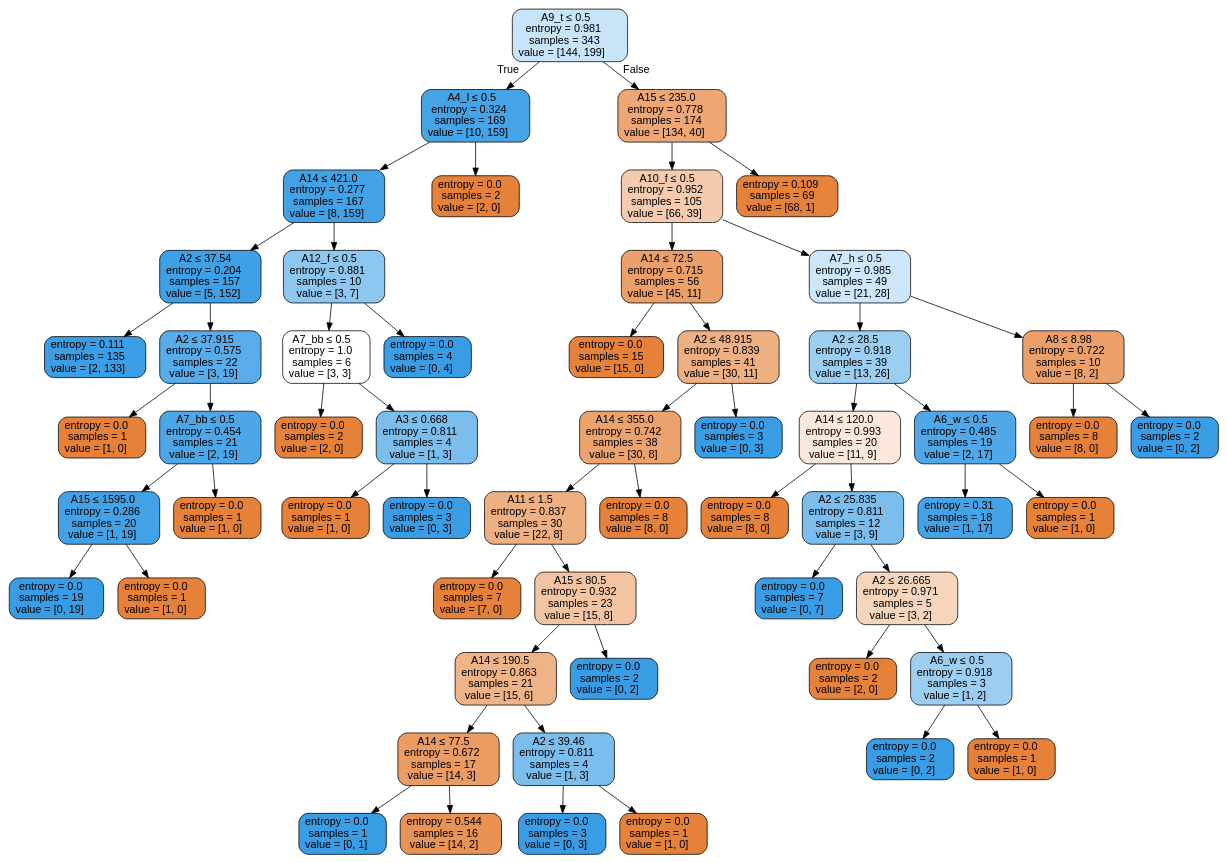
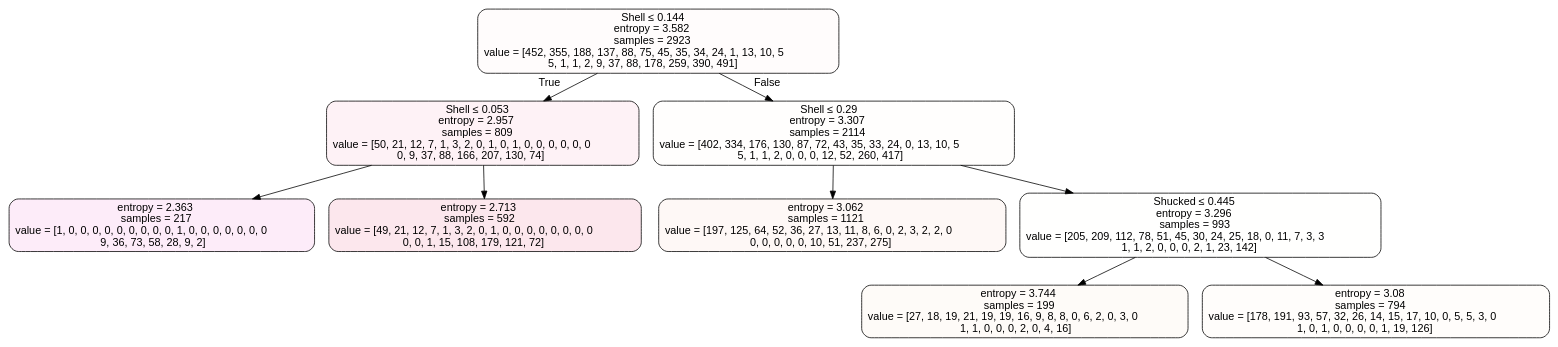
One commit to appleyuchi/Decision_Tree_Prune changed the diagram in sklearn_cart-classification_CCP-finish/sklearnCART2json_CCP/visualization/T3.dot. Above: the diagram before and after it, drawn with Graphviz. The commit also changed 33 other files, not shown here.

```diff
--- a/sklearn_cart-classification_CCP-finish/sklearnCART2json_CCP/visualization/T3.dot
+++ b/sklearn_cart-classification_CCP-finish/sklearnCART2json_CCP/visualization/T3.dot
@@ -1,117 +1,21 @@
 digraph Tree {
 node [shape=box, style="filled, rounded", color="black", fontname=helvetica] ;
 edge [fontname=helvetica] ;
-0 [label=<A9_t &le; 0.5<br/>entropy = 0.981<br/>samples = 343<br/>value = [144, 199]>, fillcolor="#399de546"] ;
-1 [label=<A4_l &le; 0.5<br/>entropy = 0.324<br/>samples = 169<br/>value = [10, 159]>, fillcolor="#399de5ef"] ;
+0 [label=<Shell &le; 0.144<br/>entropy = 3.582<br/>samples = 2923<br/>value = [452, 355, 188, 137, 88, 75, 45, 35, 34, 24, 1, 13, 10, 5<br/>5, 1, 1, 2, 9, 37, 88, 178, 259, 390, 491]>, fillcolor="#e5563904"] ;
+1 [label=<Shell &le; 0.053<br/>entropy = 2.957<br/>samples = 809<br/>value = [50, 21, 12, 7, 1, 3, 2, 0, 1, 0, 1, 0, 0, 0, 0, 0, 0<br/>0, 9, 37, 88, 166, 207, 130, 74]>, fillcolor="#e5396f10"] ;
 0 -> 1 [labeldistance=2.5, labelangle=45, headlabel="True"] ;
-2 [label=<A14 &le; 421.0<br/>entropy = 0.277<br/>samples = 167<br/>value = [8, 159]>, fillcolor="#399de5f2"] ;
+2 [label=<entropy = 2.363<br/>samples = 217<br/>value = [1, 0, 0, 0, 0, 0, 0, 0, 0, 0, 1, 0, 0, 0, 0, 0, 0, 0<br/>9, 36, 73, 58, 28, 9, 2]>, fillcolor="#e539c018"] ;
 1 -> 2 ;
-3 [label=<A2 &le; 37.54<br/>entropy = 0.204<br/>samples = 157<br/>value = [5, 152]>, fillcolor="#399de5f7"] ;
-2 -> 3 ;
-4 [label=<entropy = 0.111<br/>samples = 135<br/>value = [2, 133]>, fillcolor="#399de5fb"] ;
-3 -> 4 ;
-13 [label=<A2 &le; 37.915<br/>entropy = 0.575<br/>samples = 22<br/>value = [3, 19]>, fillcolor="#399de5d7"] ;
-3 -> 13 ;
-14 [label=<entropy = 0.0<br/>samples = 1<br/>value = [1, 0]>, fillcolor="#e58139ff"] ;
-13 -> 14 ;
-15 [label=<A7_bb &le; 0.5<br/>entropy = 0.454<br/>samples = 21<br/>value = [2, 19]>, fillcolor="#399de5e4"] ;
-13 -> 15 ;
-16 [label=<A15 &le; 1595.0<br/>entropy = 0.286<br/>samples = 20<br/>value = [1, 19]>, fillcolor="#399de5f2"] ;
-15 -> 16 ;
-17 [label=<entropy = 0.0<br/>samples = 19<br/>value = [0, 19]>, fillcolor="#399de5ff"] ;
-16 -> 17 ;
-18 [label=<entropy = 0.0<br/>samples = 1<br/>value = [1, 0]>, fillcolor="#e58139ff"] ;
-16 -> 18 ;
-19 [label=<entropy = 0.0<br/>samples = 1<br/>value = [1, 0]>, fillcolor="#e58139ff"] ;
-15 -> 19 ;
-20 [label=<A12_f &le; 0.5<br/>entropy = 0.881<br/>samples = 10<br/>value = [3, 7]>, fillcolor="#399de592"] ;
-2 -> 20 ;
-21 [label=<A7_bb &le; 0.5<br/>entropy = 1.0<br/>samples = 6<br/>value = [3, 3]>, fillcolor="#e5813900"] ;
-20 -> 21 ;
-22 [label=<entropy = 0.0<br/>samples = 2<br/>value = [2, 0]>, fillcolor="#e58139ff"] ;
-21 -> 22 ;
-23 [label=<A3 &le; 0.668<br/>entropy = 0.811<br/>samples = 4<br/>value = [1, 3]>, fillcolor="#399de5aa"] ;
-21 -> 23 ;
-24 [label=<entropy = 0.0<br/>samples = 1<br/>value = [1, 0]>, fillcolor="#e58139ff"] ;
-23 -> 24 ;
-25 [label=<entropy = 0.0<br/>samples = 3<br/>value = [0, 3]>, fillcolor="#399de5ff"] ;
-23 -> 25 ;
-26 [label=<entropy = 0.0<br/>samples = 4<br/>value = [0, 4]>, fillcolor="#399de5ff"] ;
-20 -> 26 ;
-27 [label=<entropy = 0.0<br/>samples = 2<br/>value = [2, 0]>, fillcolor="#e58139ff"] ;
-1 -> 27 ;
-28 [label=<A15 &le; 235.0<br/>entropy = 0.778<br/>samples = 174<br/>value = [134, 40]>, fillcolor="#e58139b3"] ;
-0 -> 28 [labeldistance=2.5, labelangle=-45, headlabel="False"] ;
-29 [label=<A10_f &le; 0.5<br/>entropy = 0.952<br/>samples = 105<br/>value = [66, 39]>, fillcolor="#e5813968"] ;
-28 -> 29 ;
-30 [label=<A14 &le; 72.5<br/>entropy = 0.715<br/>samples = 56<br/>value = [45, 11]>, fillcolor="#e58139c1"] ;
-29 -> 30 ;
-31 [label=<entropy = 0.0<br/>samples = 15<br/>value = [15, 0]>, fillcolor="#e58139ff"] ;
-30 -> 31 ;
-32 [label=<A2 &le; 48.915<br/>entropy = 0.839<br/>samples = 41<br/>value = [30, 11]>, fillcolor="#e58139a1"] ;
-30 -> 32 ;
-33 [label=<A14 &le; 355.0<br/>entropy = 0.742<br/>samples = 38<br/>value = [30, 8]>, fillcolor="#e58139bb"] ;
-32 -> 33 ;
-34 [label=<A11 &le; 1.5<br/>entropy = 0.837<br/>samples = 30<br/>value = [22, 8]>, fillcolor="#e58139a2"] ;
-33 -> 34 ;
-35 [label=<entropy = 0.0<br/>samples = 7<br/>value = [7, 0]>, fillcolor="#e58139ff"] ;
-34 -> 35 ;
-36 [label=<A15 &le; 80.5<br/>entropy = 0.932<br/>samples = 23<br/>value = [15, 8]>, fillcolor="#e5813977"] ;
-34 -> 36 ;
-37 [label=<A14 &le; 190.5<br/>entropy = 0.863<br/>samples = 21<br/>value = [15, 6]>, fillcolor="#e5813999"] ;
-36 -> 37 ;
-38 [label=<A14 &le; 77.5<br/>entropy = 0.672<br/>samples = 17<br/>value = [14, 3]>, fillcolor="#e58139c8"] ;
-37 -> 38 ;
-39 [label=<entropy = 0.0<br/>samples = 1<br/>value = [0, 1]>, fillcolor="#399de5ff"] ;
-38 -> 39 ;
-40 [label=<entropy = 0.544<br/>samples = 16<br/>value = [14, 2]>, fillcolor="#e58139db"] ;
-38 -> 40 ;
-41 [label=<A2 &le; 39.46<br/>entropy = 0.811<br/>samples = 4<br/>value = [1, 3]>, fillcolor="#399de5aa"] ;
-37 -> 41 ;
-42 [label=<entropy = 0.0<br/>samples = 3<br/>value = [0, 3]>, fillcolor="#399de5ff"] ;
-41 -> 42 ;
-43 [label=<entropy = 0.0<br/>samples = 1<br/>value = [1, 0]>, fillcolor="#e58139ff"] ;
-41 -> 43 ;
-44 [label=<entropy = 0.0<br/>samples = 2<br/>value = [0, 2]>, fillcolor="#399de5ff"] ;
-36 -> 44 ;
-45 [label=<entropy = 0.0<br/>samples = 8<br/>value = [8, 0]>, fillcolor="#e58139ff"] ;
-33 -> 45 ;
-46 [label=<entropy = 0.0<br/>samples = 3<br/>value = [0, 3]>, fillcolor="#399de5ff"] ;
-32 -> 46 ;
-47 [label=<A7_h &le; 0.5<br/>entropy = 0.985<br/>samples = 49<br/>value = [21, 28]>, fillcolor="#399de540"] ;
-29 -> 47 ;
-48 [label=<A2 &le; 28.5<br/>entropy = 0.918<br/>samples = 39<br/>value = [13, 26]>, fillcolor="#399de57f"] ;
-47 -> 48 ;
-49 [label=<A14 &le; 120.0<br/>entropy = 0.993<br/>samples = 20<br/>value = [11, 9]>, fillcolor="#e581392e"] ;
-48 -> 49 ;
-50 [label=<entropy = 0.0<br/>samples = 8<br/>value = [8, 0]>, fillcolor="#e58139ff"] ;
-49 -> 50 ;
-51 [label=<A2 &le; 25.835<br/>entropy = 0.811<br/>samples = 12<br/>value = [3, 9]>, fillcolor="#399de5aa"] ;
-49 -> 51 ;
-52 [label=<entropy = 0.0<br/>samples = 7<br/>value = [0, 7]>, fillcolor="#399de5ff"] ;
-51 -> 52 ;
-53 [label=<A2 &le; 26.665<br/>entropy = 0.971<br/>samples = 5<br/>value = [3, 2]>, fillcolor="#e5813955"] ;
-51 -> 53 ;
-54 [label=<entropy = 0.0<br/>samples = 2<br/>value = [2, 0]>, fillcolor="#e58139ff"] ;
-53 -> 54 ;
-55 [label=<A6_w &le; 0.5<br/>entropy = 0.918<br/>samples = 3<br/>value = [1, 2]>, fillcolor="#399de57f"] ;
-53 -> 55 ;
-56 [label=<entropy = 0.0<br/>samples = 2<br/>value = [0, 2]>, fillcolor="#399de5ff"] ;
-55 -> 56 ;
-57 [label=<entropy = 0.0<br/>samples = 1<br/>value = [1, 0]>, fillcolor="#e58139ff"] ;
-55 -> 57 ;
-58 [label=<A6_w &le; 0.5<br/>entropy = 0.485<br/>samples = 19<br/>value = [2, 17]>, fillcolor="#399de5e1"] ;
-48 -> 58 ;
-59 [label=<entropy = 0.31<br/>samples = 18<br/>value = [1, 17]>, fillcolor="#399de5f0"] ;
-58 -> 59 ;
-64 [label=<entropy = 0.0<br/>samples = 1<br/>value = [1, 0]>, fillcolor="#e58139ff"] ;
-58 -> 64 ;
-65 [label=<A8 &le; 8.98<br/>entropy = 0.722<br/>samples = 10<br/>value = [8, 2]>, fillcolor="#e58139bf"] ;
-47 -> 65 ;
-66 [label=<entropy = 0.0<br/>samples = 8<br/>value = [8, 0]>, fillcolor="#e58139ff"] ;
-65 -> 66 ;
-67 [label=<entropy = 0.0<br/>samples = 2<br/>value = [0, 2]>, fillcolor="#399de5ff"] ;
-65 -> 67 ;
-68 [label=<entropy = 0.109<br/>samples = 69<br/>value = [68, 1]>, fillcolor="#e58139fb"] ;
-28 -> 68 ;
+5 [label=<entropy = 2.713<br/>samples = 592<br/>value = [49, 21, 12, 7, 1, 3, 2, 0, 1, 0, 0, 0, 0, 0, 0, 0, 0<br/>0, 0, 1, 15, 108, 179, 121, 72]>, fillcolor="#e5396f1f"] ;
+1 -> 5 ;
+8 [label=<Shell &le; 0.29<br/>entropy = 3.307<br/>samples = 2114<br/>value = [402, 334, 176, 130, 87, 72, 43, 35, 33, 24, 0, 13, 10, 5<br/>5, 1, 1, 2, 0, 0, 0, 12, 52, 260, 417]>, fillcolor="#e5563902"] ;
+0 -> 8 [labeldistance=2.5, labelangle=-45, headlabel="False"] ;
+9 [label=<entropy = 3.062<br/>samples = 1121<br/>value = [197, 125, 64, 52, 36, 27, 13, 11, 8, 6, 0, 2, 3, 2, 2, 0<br/>0, 0, 0, 0, 0, 10, 51, 237, 275]>, fillcolor="#e556390b"] ;
+8 -> 9 ;
+12 [label=<Shucked &le; 0.445<br/>entropy = 3.296<br/>samples = 993<br/>value = [205, 209, 112, 78, 51, 45, 30, 24, 25, 18, 0, 11, 7, 3, 3<br/>1, 1, 2, 0, 0, 0, 2, 1, 23, 142]>, fillcolor="#e5a93901"] ;
+8 -> 12 ;
+13 [label=<entropy = 3.744<br/>samples = 199<br/>value = [27, 18, 19, 21, 19, 19, 16, 9, 8, 8, 0, 6, 2, 0, 3, 0<br/>1, 1, 0, 0, 0, 2, 0, 4, 16]>, fillcolor="#e5813909"] ;
+12 -> 13 ;
+14 [label=<entropy = 3.08<br/>samples = 794<br/>value = [178, 191, 93, 57, 32, 26, 14, 15, 17, 10, 0, 5, 5, 3, 0<br/>1, 0, 1, 0, 0, 0, 0, 1, 19, 126]>, fillcolor="#e5a93905"] ;
+12 -> 14 ;
 }
```
